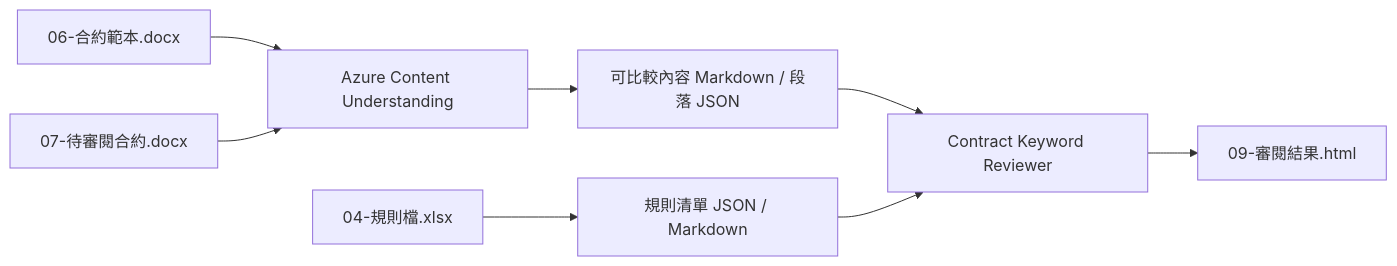
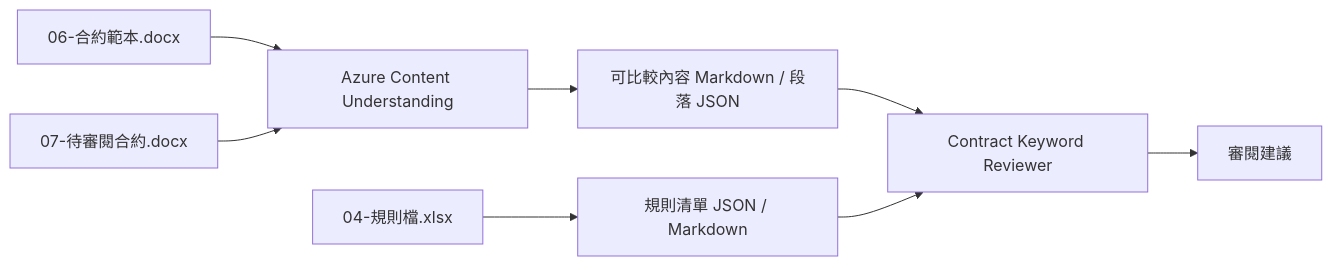
One commit to payton-chou-ms/e2e-ms-foundry-workshop changed the diagram in workshop/docs/02-customize/05-contract-keyword-review-manual-demo.md. Above: the diagram before and after it, drawn with Mermaid. The commit also changed other lines of this file and 29 other files, not shown here.

````diff
--- a/workshop/docs/02-customize/05-contract-keyword-review-manual-demo.md
+++ b/workshop/docs/02-customize/05-contract-keyword-review-manual-demo.md
@@ -16,10 +18,10 @@
 ```mermaid
 flowchart LR
     A[06-合約範本.docx] --> B[Azure Content Understanding]
     C[07-待審閱合約.docx] --> B
     D[04-規則檔.xlsx] --> E[規則清單 JSON / Markdown]
     B --> F[可比較內容 Markdown / 段落 JSON]
     F --> G[Contract Keyword Reviewer]
     E --> G
-    G --> H[09-審閱結果.html]
+    G --> H[審閱建議]
 ```
````
